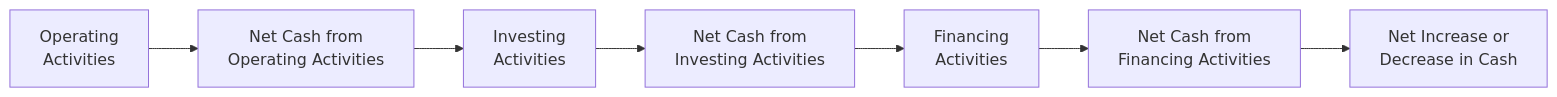
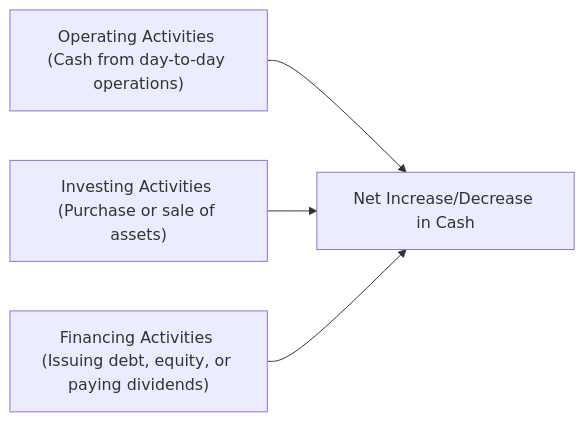
Before and after one commit to MasteryEducation/SecuritiesExamsMastery.ca: the diagram in content/ifc/9/5/index.md, drawn with Mermaid. The commit also changed other lines of this file and 130 other files, not shown here.

````diff
--- a/content/ifc/9/5/index.md
+++ b/content/ifc/9/5/index.md
@@ -94,9 +68,6 @@
 ```mermaid
 flowchart LR
-A["Operating <br/>Activities"] --> B["Net Cash from <br/>Operating Activities"]
-B --> C["Investing <br/>Activities"]
-C --> D["Net Cash from <br/>Investing Activities"]
-D --> E["Financing <br/>Activities"]
-E --> F["Net Cash from <br/>Financing Activities"]
-F --> G["Net Increase or <br/>Decrease in Cash"]
+    A["Operating Activities <br/>(Cash from day-to-day operations)"] --> D["Net Increase/Decrease in Cash"]
+    B["Investing Activities <br/>(Purchase or sale of assets)"] --> D["Net Increase/Decrease in Cash"]
+    C["Financing Activities <br/>(Issuing debt, equity, or paying dividends)"] --> D["Net Increase/Decrease in Cash"]
 ```
````
